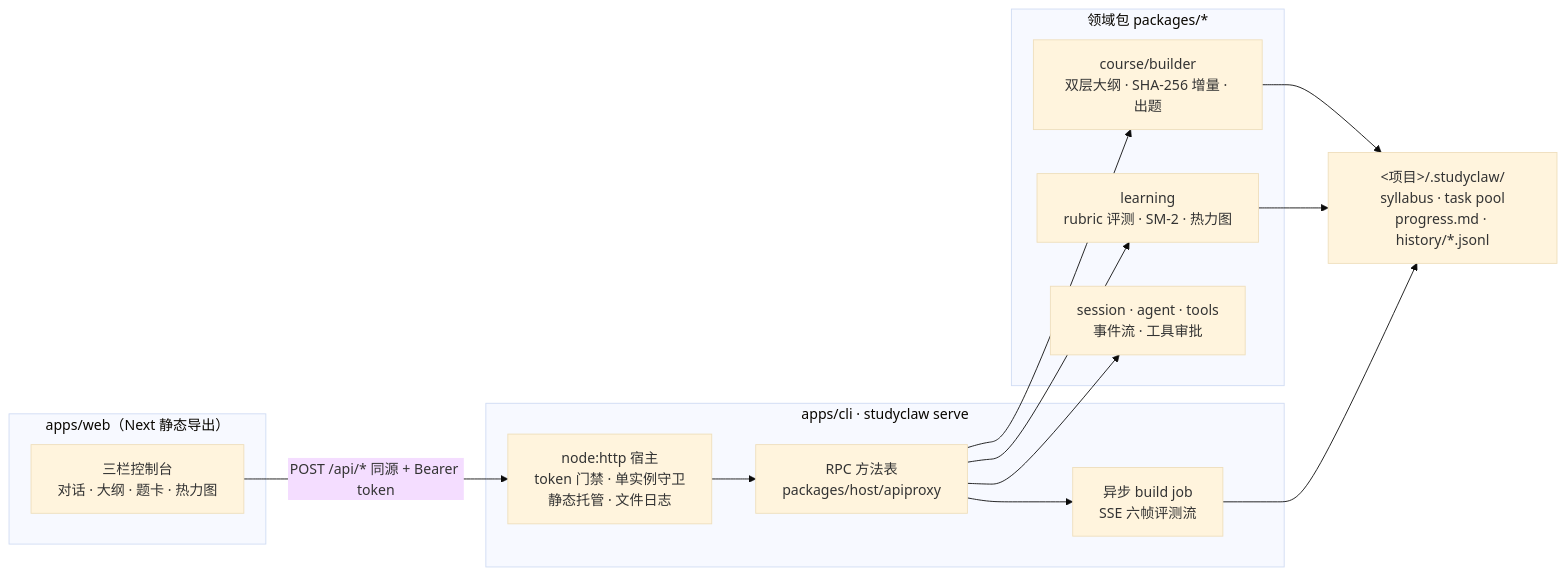
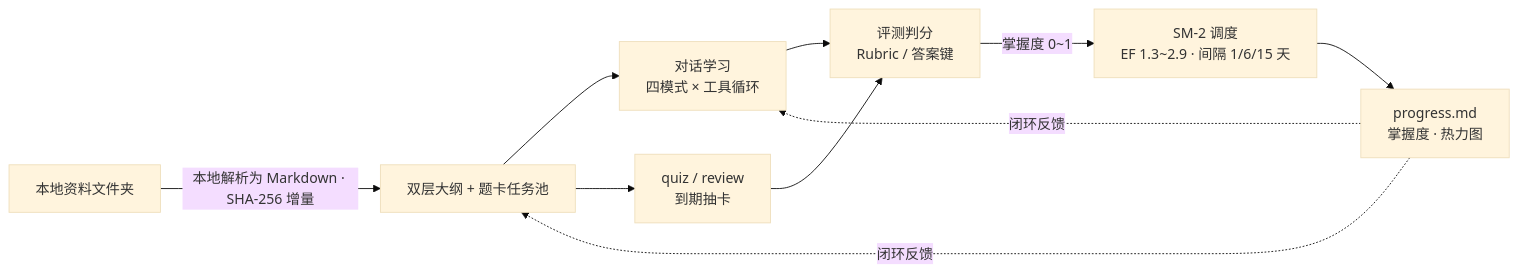
The first of 2 diagrams in README.md (Favio8/studyclaw-next), drawn with Mermaid (base theme) before and after one commit. The commit also changed other lines of this file, not shown here.

Commit message:
📝 docs: rewrite README — features, quickstart, CLI reference, data layout, FAQ, roadmap

````diff
--- a/README.md
+++ b/README.md
@@ -85,25 +143,12 @@
 ```mermaid
 flowchart LR
-    subgraph UI["apps/web（Next 静态导出）"]
-        A["三栏控制台<br/>对话 · 大纲 · 题卡 · 热力图"]
-    end
-    subgraph HOST["apps/cli · studyclaw serve"]
-        B["node:http 宿主<br/>token 门禁 · 单实例守卫<br/>静态托管 · 文件日志"]
-        C["RPC 方法表<br/>packages/host/apiproxy"]
-        D["异步 build job<br/>SSE 六帧评测流"]
-    end
-    subgraph DOMAIN["领域包 packages/*"]
-        E["course/builder<br/>双层大纲 · SHA-256 增量 · 出题"]
-        F["learning<br/>rubric 评测 · SM-2 · 热力图"]
-        G["session · agent · tools<br/>事件流 · 工具审批"]
-    end
-    H["<项目>/.studyclaw/<br/>syllabus · task pool<br/>progress.md · history/*.jsonl"]
-    A -->|"POST /api/* 同源 + Bearer token"| B
-    B --> C --> D
-    C --> E
-    C --> F
-    C --> G
-    E --> H
-    F --> H
-    D --> H
+    A["本地资料文件夹"] -->|"本地解析为 Markdown · SHA-256 增量"| B["双层大纲 + 题卡任务池"]
+    B --> C1["对话学习<br/>四模式 × 工具循环"]
+    B --> C2["quiz / review<br/>到期抽卡"]
+    C1 --> D["评测判分<br/>Rubric / 答案键"]
+    C2 --> D
+    D -->|"掌握度 0~1"| E["SM-2 调度<br/>EF 1.3~2.9 · 间隔 1/6/15 天"]
+    E --> F["progress.md<br/>掌握度 · 热力图"]
+    F -.->|"闭环反馈"| B
+    F -.->|"闭环反馈"| C1
 ```
````
